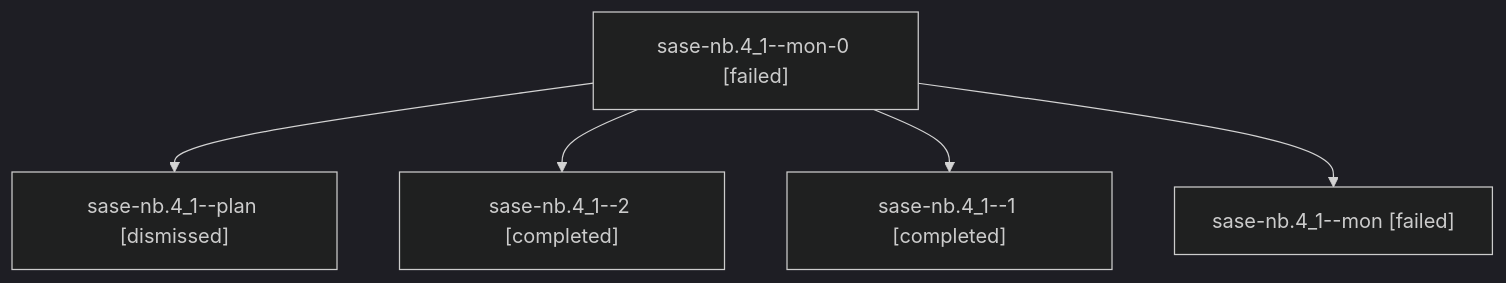
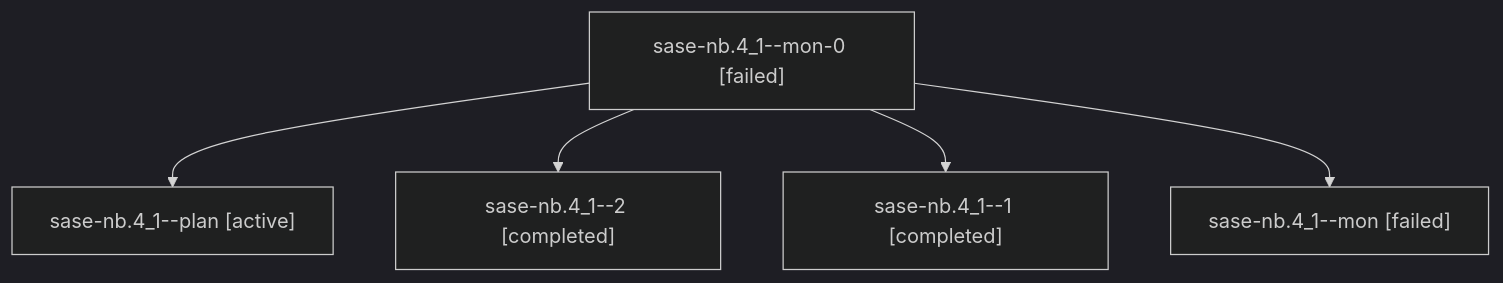
The diagram in families/bbugyi200.athena.sase-nb.4_1.md (sase-org/sase--agents), drawn with Mermaid (dark theme) before and after one commit. The commit also changed other lines of this file and 35830 other files, not shown here.

````diff
--- a/families/bbugyi200.athena.sase-nb.4_1.md
+++ b/families/bbugyi200.athena.sase-nb.4_1.md
@@ -9,12 +9,12 @@
 ```mermaid
 flowchart TD
   n0["sase-nb.4_1--mon-0 [failed]"]
-  n1["sase-nb.4_1--plan [dismissed]"]
+  n1["sase-nb.4_1--plan [active]"]
   n0 --> n1
   n2["sase-nb.4_1--2 [completed]"]
   n0 --> n2
   n3["sase-nb.4_1--1 [completed]"]
   n0 --> n3
   n4["sase-nb.4_1--mon [failed]"]
   n0 --> n4
 ```
````
